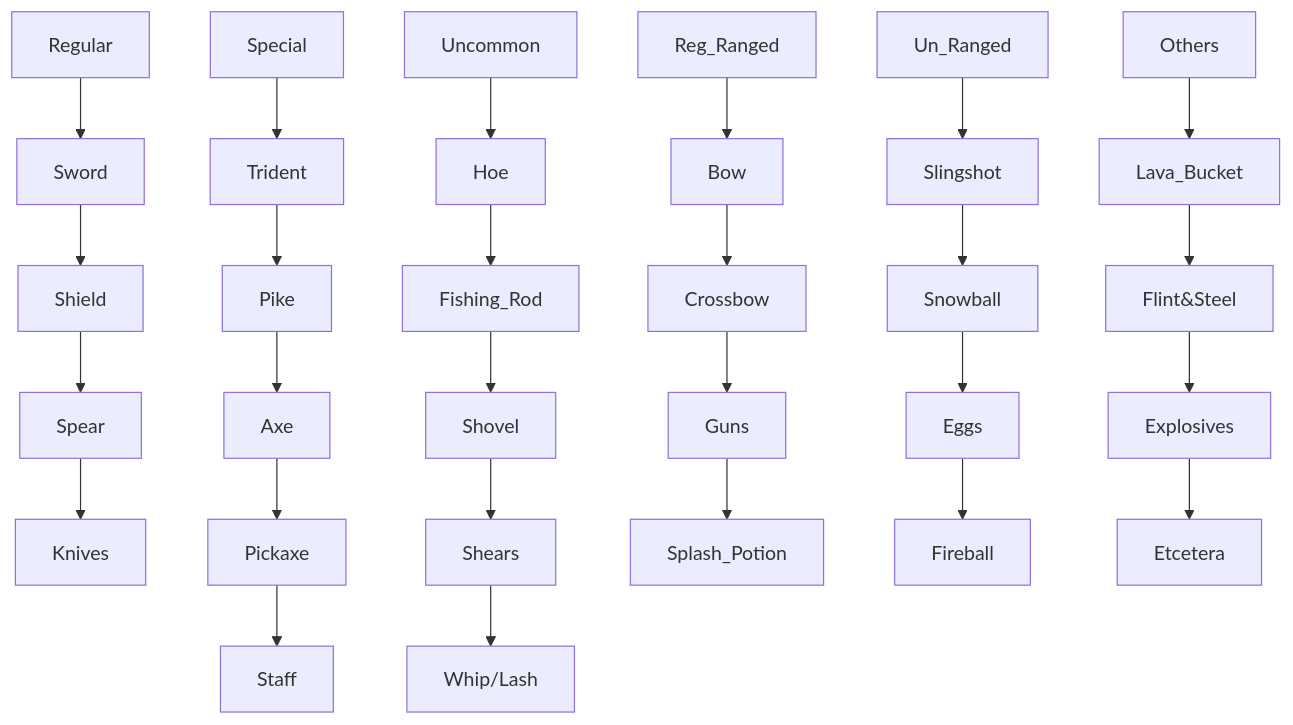
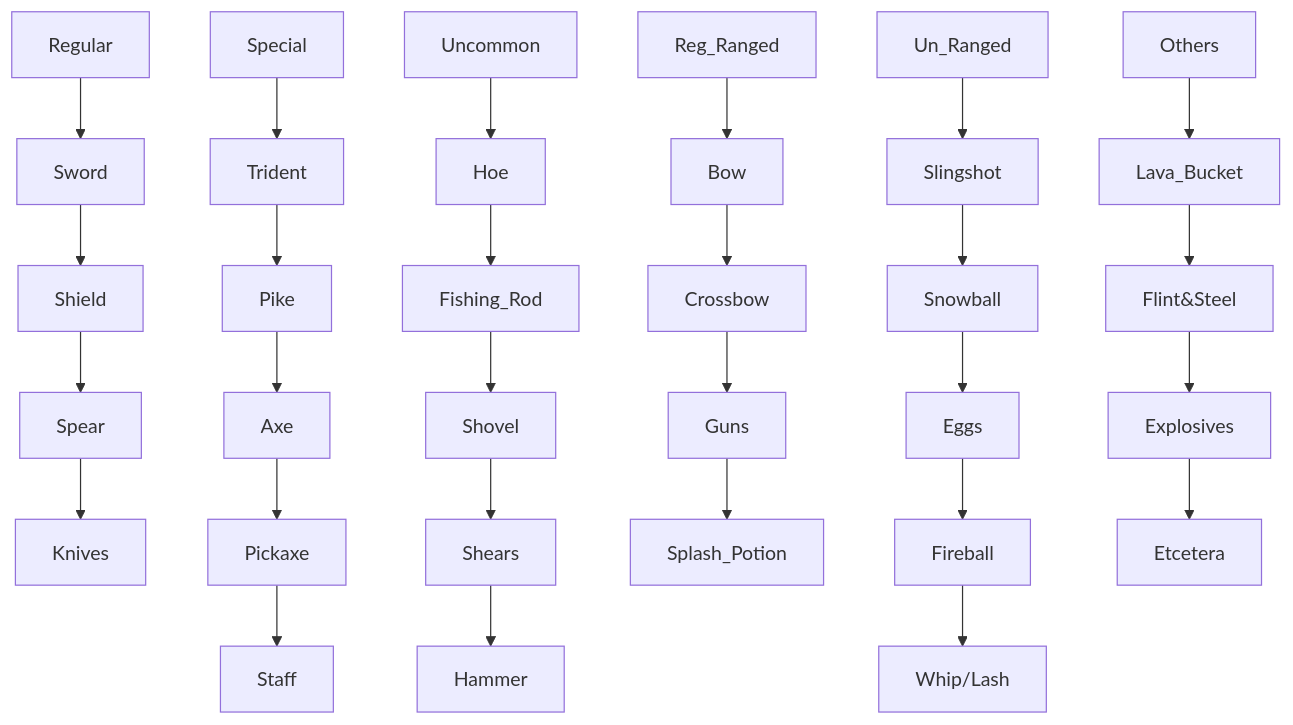
The diagram in Production☪️.md (ColziandKing/RSCUniverse), drawn with Mermaid before and after one commit.

````diff
--- a/Production☪️.md
+++ b/Production☪️.md
@@ -17,34 +17,35 @@
 ```mermaid
 graph TD;
     Regular-->Sword;
     Sword-->Shield;
     Shield-->Spear;
     Spear-->Knives;
     
     Special-->Trident;
     Trident-->Pike;
     Pike-->Axe;
     Axe-->Pickaxe;
     Pickaxe-->Staff;
     
     Uncommon-->Hoe;
     Hoe-->Fishing_Rod;
     Fishing_Rod-->Shovel;
     Shovel-->Shears;
-    Shears-->Whip/Lash;
+    Shears-->Hammer;
     
     Reg_Ranged-->Bow;
     Bow-->Crossbow;
     Crossbow-->Guns;
     Guns-->Splash_Potion;
     
     Un_Ranged-->Slingshot;
     Slingshot-->Snowball;
     Snowball-->Eggs;
     Eggs-->Fireball;
+    Fireball-->Whip/Lash;
     
     Others-->Lava_Bucket;
     Lava_Bucket-->Flint&Steel;
     Flint&Steel-->Explosives;
     Explosives-->Etcetera;
 ```
````
